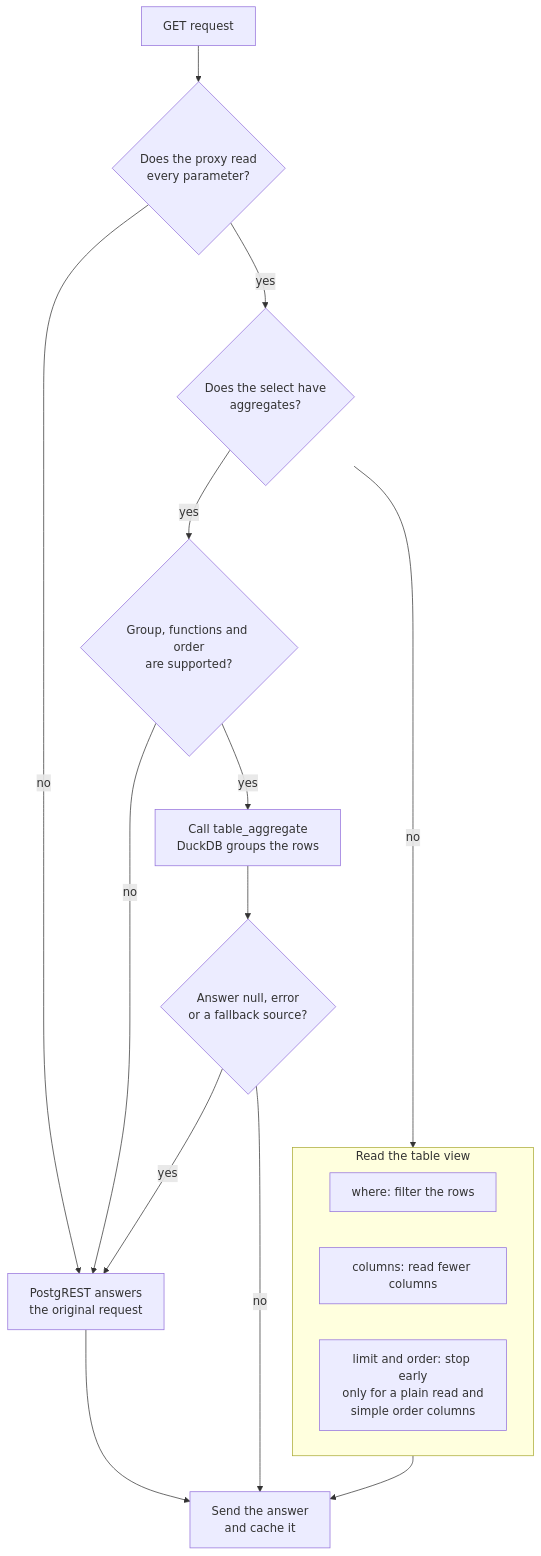
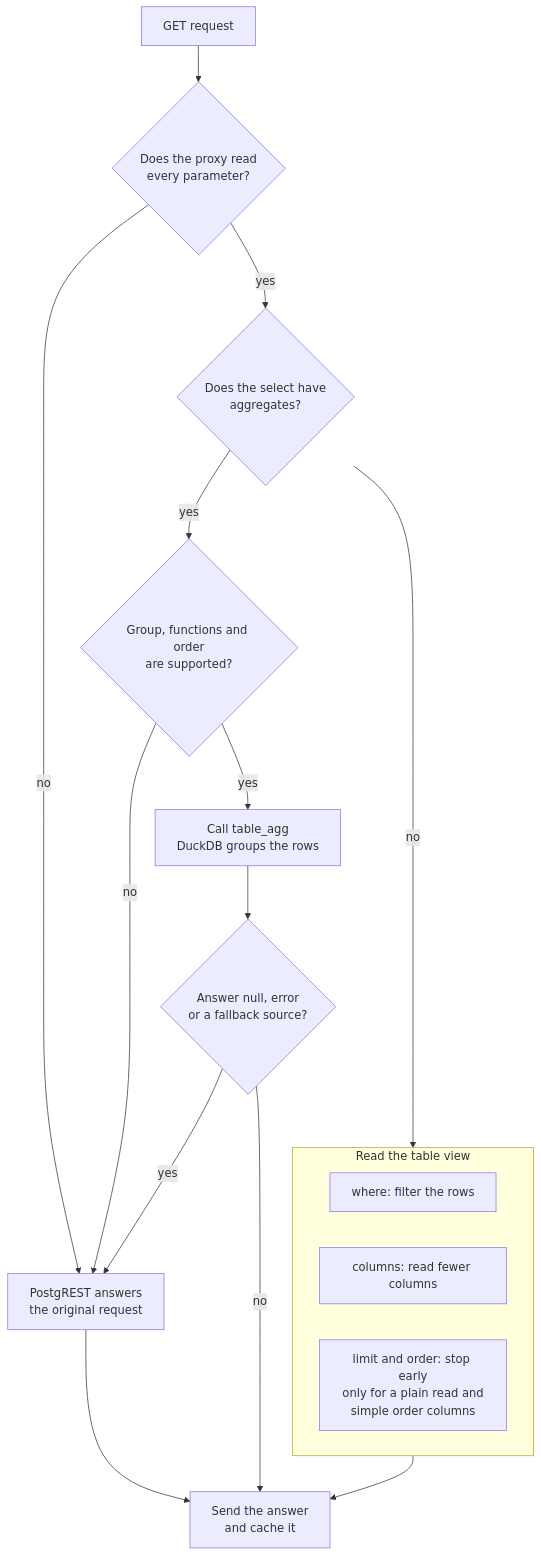
One commit to prefeitura-rio/data-proxy changed the diagram in docs/proxy/pushdown.md. Above: the diagram before and after it, drawn with Mermaid. The commit also changed other lines of this file and 262 other files, not shown here.

````diff
--- a/docs/proxy/pushdown.md
+++ b/docs/proxy/pushdown.md
@@ -23,21 +23,21 @@
 ```mermaid
 %% Pushdown decision
 flowchart TD
   request["GET request"] --> read{"Does the proxy read<br/>every parameter?"}
   read -->|"no"| postgrest["PostgREST answers<br/>the original request"]
   read -->|"yes"| agg{"Does the select have<br/>aggregates?"}
   agg -->|"no"| table
   agg -->|"yes"| supported{"Group, functions and order<br/>are supported?"}
   supported -->|"no"| postgrest
-  supported -->|"yes"| agg_call["Call table_aggregate<br/>DuckDB groups the rows"]
+  supported -->|"yes"| agg_call["Call table_agg<br/>DuckDB groups the rows"]
   agg_call --> empty{"Answer null, error<br/>or a fallback source?"}
   empty -->|"yes"| postgrest
   empty -->|"no"| answer["Send the answer<br/>and cache it"]
   subgraph table["Read the table view"]
     where["where: filter the rows"]
     columns["columns: read fewer columns"]
     limit["limit and order: stop early<br/>only for a plain read and<br/>simple order columns"]
   end
   table --> answer
   postgrest --> answer
 ```
````
